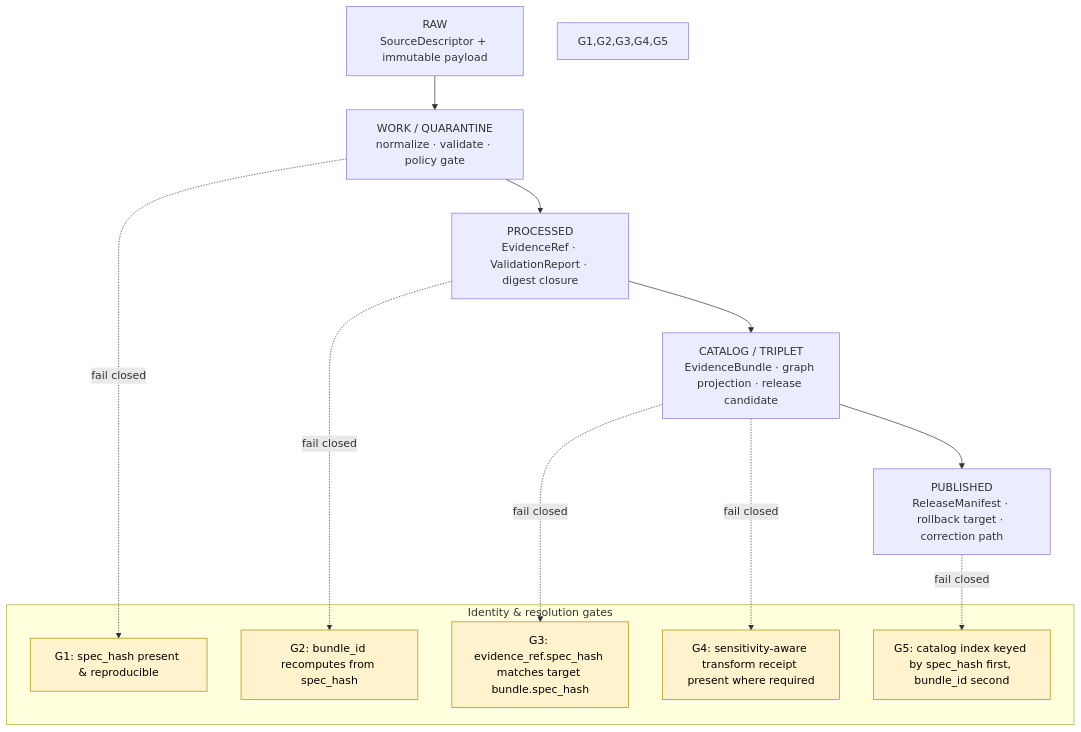
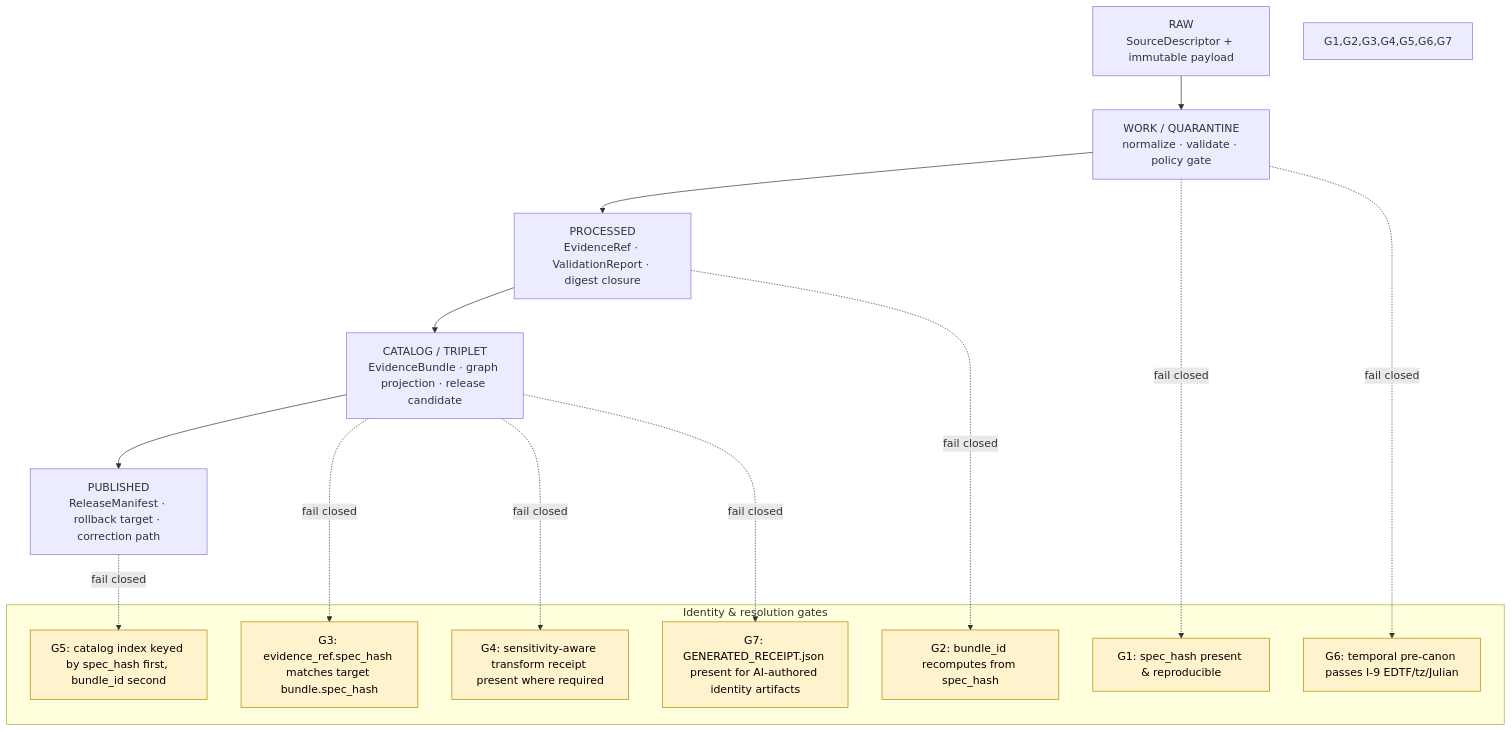
One commit to bartytime4life/Kansas-Frontier-Matrix changed the third of 3 diagrams in docs/domains/archaeology/IDENTITY_MODEL.md. Above: the diagram before and after it, drawn with Mermaid. The commit also changed other lines of this file, not shown here.

````diff
--- a/docs/domains/archaeology/IDENTITY_MODEL.md
+++ b/docs/domains/archaeology/IDENTITY_MODEL.md
@@ -290,24 +345,28 @@
 ```mermaid
 flowchart TB
     R[RAW<br/>SourceDescriptor + immutable payload] --> W[WORK / QUARANTINE<br/>normalize · validate · policy gate]
     W --> P[PROCESSED<br/>EvidenceRef · ValidationReport · digest closure]
     P --> C[CATALOG / TRIPLET<br/>EvidenceBundle · graph projection · release candidate]
     C --> PUB[PUBLISHED<br/>ReleaseManifest · rollback target · correction path]
 
     subgraph IdentityGate[Identity & resolution gates]
       G1[G1: spec_hash present & reproducible]
       G2[G2: bundle_id recomputes from spec_hash]
       G3[G3: evidence_ref.spec_hash matches target bundle.spec_hash]
       G4[G4: sensitivity-aware transform receipt present where required]
       G5[G5: catalog index keyed by spec_hash first, bundle_id second]
+      G6[G6: temporal pre-canon passes I-9 EDTF/tz/Julian]
+      G7[G7: GENERATED_RECEIPT.json present for AI-authored identity artifacts]
     end
 
     W -.->|fail closed| G1
+    W -.->|fail closed| G6
     P -.->|fail closed| G2
     C -.->|fail closed| G3
     C -.->|fail closed| G4
+    C -.->|fail closed| G7
     PUB -.->|fail closed| G5
 
     classDef gate fill:#fff3cd,stroke:#b08800,color:#000
-    G1,G2,G3,G4,G5:::gate
+    G1,G2,G3,G4,G5,G6,G7:::gate
 ```
````
